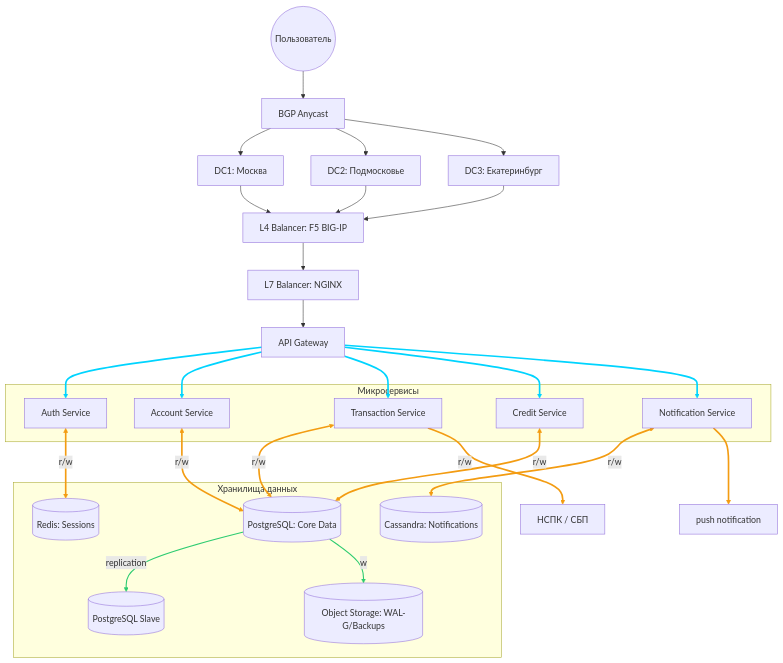
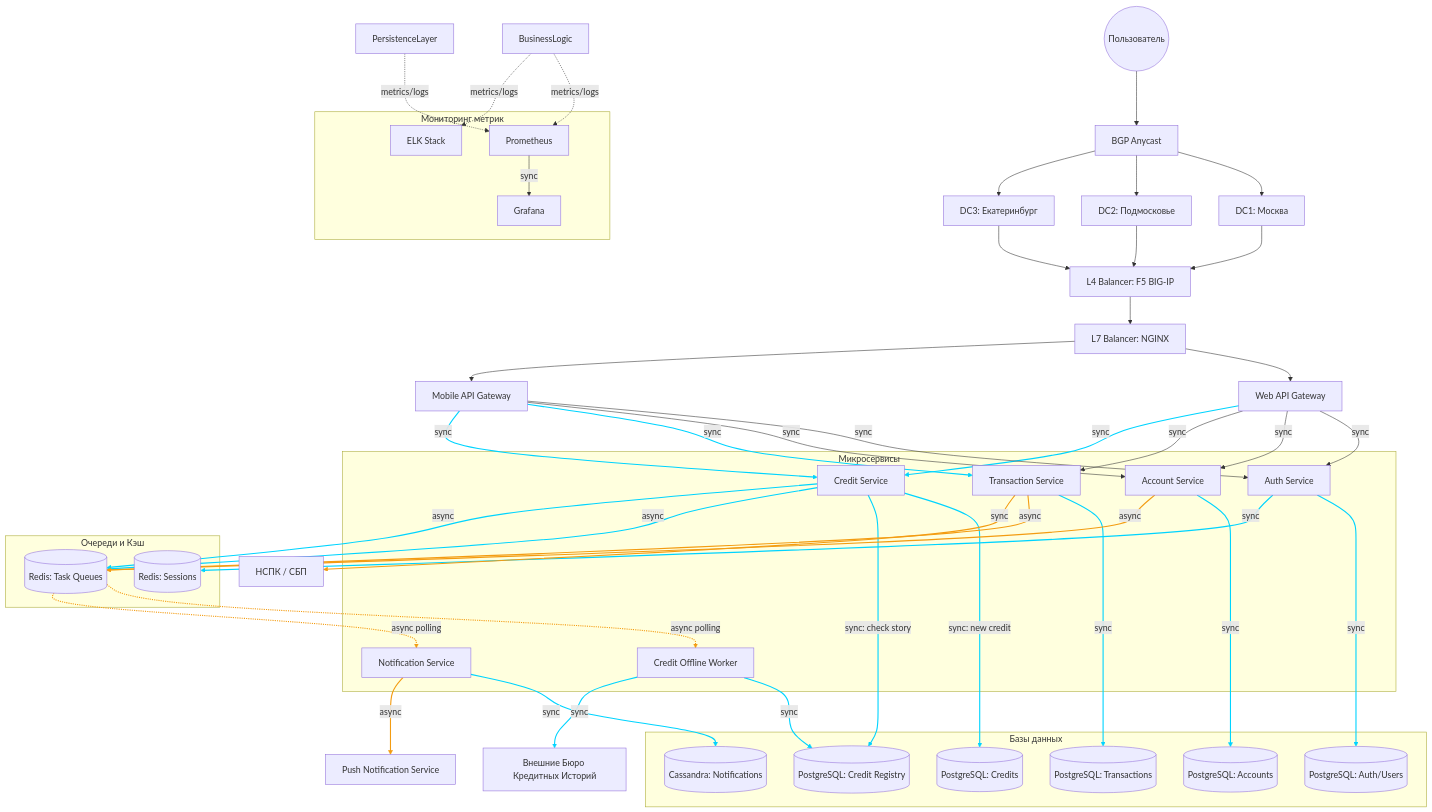
Before and after one commit to Xyzdat/alpha_highload: the diagram in README.md, drawn with Mermaid. The commit also changed other lines of this file, not shown here.

Commit message:
add 10 and fix 9

````diff
--- a/README.md
+++ b/README.md
@@ -375,47 +375,84 @@
 ```mermaid
 graph TD
-    %% Глобальный уровень
-    User((Пользователь)) --> Anycast[BGP Anycast]
-    Anycast --> DC1[DC1: Москва]
-    Anycast --> DC2[DC2: Подмосковье]
-    Anycast --> DC3[DC3: Екатеринбург]
+  User((Пользователь)) -->Anycast[BGP Anycast]
+  Anycast --> DC1[DC1: Москва]
+  Anycast --> DC2[DC2: Подмосковье]
+  Anycast --> DC3[DC3: Екатеринбург]
 
-    %% Связь внешнего уровня с внутренним
-    DC1 & DC2 & DC3 --> L4
+  DC1 & DC2 & DC3 --> L4[L4 Balancer: F5 BIG-IP]
+  L4 --> L7[L7 Balancer: NGINX]
 
-    L4[L4 Balancer: F5 BIG-IP] --> L7[L7 Balancer: NGINX]
-    L7 --> Gateway[API Gateway]
+  WebGW[Web API Gateway]
+  MobGW[Mobile API Gateway]
 
-    subgraph "Микросервисы"
-        AuthS[Auth Service]
-        AccountS[Account Service]
-        TransS[Transaction Service]
-        CreditS[Credit Service]
-        NotifS[Notification Service]
-    end
+  L7 --> WebGW
+  L7 --> MobGW
 
+  %% Мониторинг и логирование
+  subgraph "Мониторинг метрик"
+      Prometheus[Prometheus]
+      Grafana[Grafana]
+      ELK[ELK Stack]
+  end
 
-    subgraph "Хранилища данных"
-        Redis[(Redis: Sessions)]
-        PostgresMaster[(PostgreSQL: Core Data)]
-        PostgresSlave[(PostgreSQL Slave)]
-        Cassandra[(Cassandra: Notifications)]
-        S3[(Object Storage: WAL-G/Backups)]
-    end
-  %% Потоки данных
-    Gateway --> AuthS & AccountS & TransS & CreditS & NotifS
-    AuthS <--> |r/w| Redis
-    AccountS <--> |r/w| PostgresMaster
-    TransS <--> |r/w| PostgresMaster
-    NotifS <--> |r/w| Cassandra
-    CreditS <--> |r/w| PostgresMaster
-    PostgresMaster --> |replication| PostgresSlave
-    PostgresMaster --> |w|S3
- %% Внешние интеграции
-    NotifS --> Push[push notification]
-    TransS --> |r/w|SBP[НСПК / СБП]
+  %% Микросервисы
+  subgraph "Микросервисы"
+      AuthS[Auth Service]
+      AccountS[Account Service]
+      TransS[Transaction Service]
+      CreditS[Credit Service]
+      NotifS[Notification Service]
+      CreditWorker[Credit Offline Worker]
+  end
 
-    linkStyle 9,10,11,12,13 stroke:#00d4ff,stroke-width:3px;
-    linkStyle 16,17,18,14,15,21,22 stroke:#f39c12,stroke-width:3px;
-    linkStyle 19,20 stroke:#2ecc71,stroke-width:2px;
+  WebGW & MobGW -->|sync| AuthS & AccountS & TransS & CreditS
+
+  %% Базы данных
+  subgraph "Базы данных"
+    AuthDB[(PostgreSQL: Auth/Users)]
+    AccountDB[(PostgreSQL: Accounts)]
+    TransDB[(PostgreSQL: Transactions)]
+    CreditDB[(PostgreSQL: Credits)]
+    RegistryDB[(PostgreSQL: Credit Registry)]
+    Cassandra[(Cassandra: Notifications)]
+  end
+
+  %% Очереди и Кэш
+  subgraph "Очереди и Кэш"
+    RedisTaskQueue[(Redis: Task Queues)]
+    SessionDB[(Redis: Sessions)]
+  end
+
+  %% Связи сервисов с их БД
+  AuthS -->|sync| AuthDB
+  AuthS -->|sync| SessionDB
+  AccountS -->|sync| AccountDB
+  TransS -->|sync| TransDB
+  CreditS -->|sync: new credit| CreditDB
+  CreditS -->|sync: check story| RegistryDB
+
+  %% Кредитный реестр через Redis Queue
+  CreditS -->|async| RedisTaskQueue
+  RedisTaskQueue -.->|async polling| CreditWorker
+  CreditWorker -->|sync| RegistryDB
+  CreditWorker -->|sync| BKI[Внешние Бюро Кредитных Историй]
+
+  %% Асинхронные уведомления через Redis
+  TransS & CreditS & AccountS -->|async| RedisTaskQueue
+  RedisTaskQueue -.->|async polling| NotifS
+  NotifS -->|sync| Cassandra
+
+  %% Внешние интеграции
+  NotifS -->|async| Push[Push Notification Service]
+  TransS -->|sync| SBP[НСПК / СБП]
+
+  %% Сбор данных (пунктиром)
+  BusinessLogic -.->|metrics/logs| Prometheus
+  BusinessLogic -.->|metrics/logs| ELK
+  PersistenceLayer -.->|metrics/logs| Prometheus
+  Prometheus -->|sync| Grafana
+
+  %% Стилизация стрелок
+  linkStyle 23,13,16,17,18,19,20,21,22,24,25,26,27,29,32,33 stroke:#00d4ff,stroke-width:2px;
+  linkStyle 25,28,30,31,33,34 stroke:#f39c12,stroke-width:2px;
 ```
````
